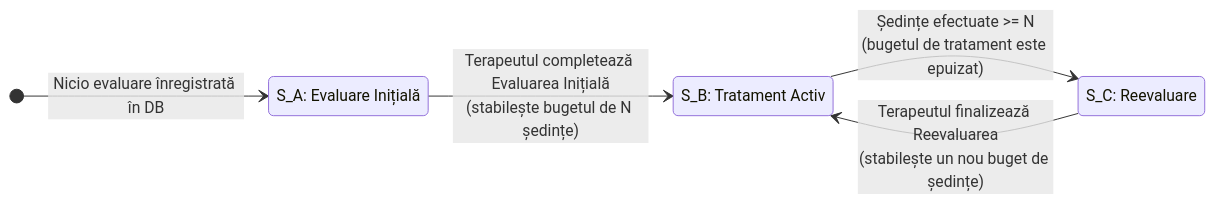
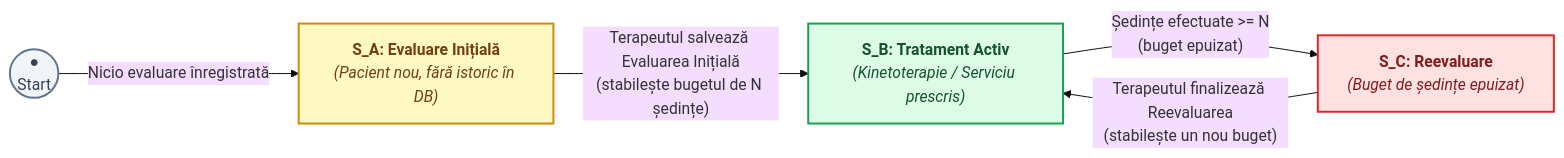
Before and after one commit to Anelisgh/kinetocare: the sixth of 10 diagrams in README.md, drawn with Mermaid.

Commit message:
modificare fisiere md

````diff
--- a/README.md
+++ b/README.md
@@ -459,16 +459,30 @@
 ```mermaid
-stateDiagram-v2
-    direction LR
+---
+config:
+  theme: base
+  flowchart:
+    curve: basis
+    nodeSpacing: 50
+    rankSpacing: 60
+---
+flowchart LR
+    Start(("●<br/>Start"))
+    SA["<b>S_A: Evaluare Inițială</b><br/><i>(Pacient nou, fără istoric în DB)</i>"]
+    SB["<b>S_B: Tratament Activ</b><br/><i>(Kinetoterapie / Serviciu prescris)</i>"]
+    SC["<b>S_C: Reevaluare</b><br/><i>(Buget de ședințe epuizat)</i>"]
 
-    [*] --> EvaluareInitiala : Nicio evaluare înregistrată în DB
+    Start -->|"Nicio evaluare înregistrată"| SA
+    SA -->|"Terapeutul salvează Evaluarea Inițială<br/>(stabilește bugetul de N ședințe)"| SB
+    SB -->|"Ședințe efectuate >= N<br/>(buget epuizat)"| SC
+    SC -->|"Terapeutul finalizează Reevaluarea<br/>(stabilește un nou buget)"| SB
 
-    EvaluareInitiala --> TratamentActiv : Terapeutul completează Evaluarea Inițială<br/>(stabilește bugetul de N ședințe)
+    classDef startNode fill:#f1f5f9,stroke:#64748b,stroke-width:2px,color:#334155;
+    classDef init fill:#fef9c3,stroke:#ca8a04,stroke-width:2px,color:#713f12;
+    classDef activ fill:#dcfce7,stroke:#16a34a,stroke-width:2px,color:#14532d;
+    classDef reeval fill:#fee2e2,stroke:#dc2626,stroke-width:2px,color:#7f1d1d;
 
-    TratamentActiv --> Reevaluare : Ședințe efectuate >= N<br/>(bugetul de tratament este epuizat)
-
-    Reevaluare --> TratamentActiv : Terapeutul finalizează Reevaluarea<br/>(stabilește un nou buget de ședințe)
-
-    state "S_A: Evaluare Inițială" as EvaluareInitiala
-    state "S_B: Tratament Activ" as TratamentActiv
-    state "S_C: Reevaluare" as Reevaluare
+    class Start startNode;
+    class SA init;
+    class SB activ;
+    class SC reeval;
 ```
````
